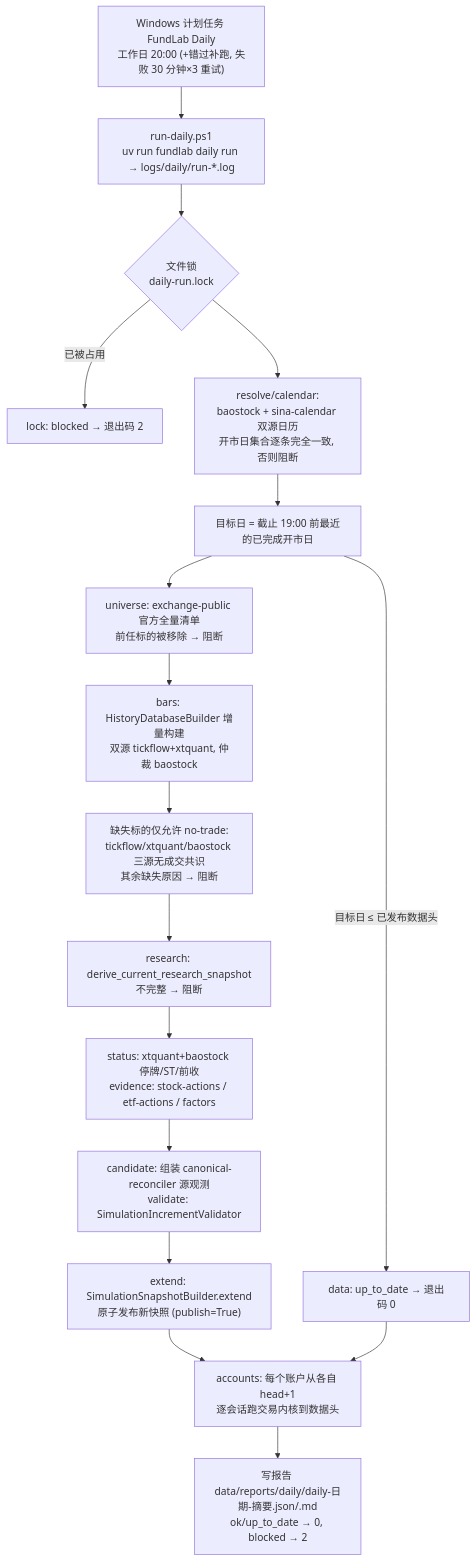
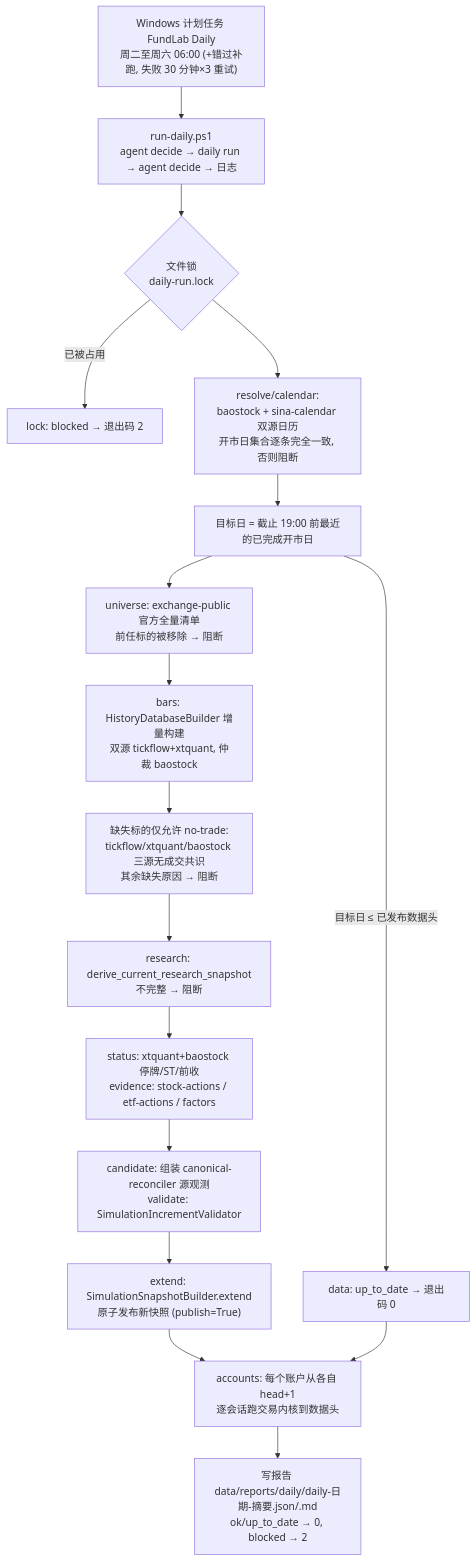
Before and after one commit to zhan7653/miniQMT: the diagram in docs/architecture/03-pipeline-ops.md, drawn with Mermaid. The commit also changed other lines of this file and 22 other files, not shown here.

````diff
--- a/docs/architecture/03-pipeline-ops.md
+++ b/docs/architecture/03-pipeline-ops.md
@@ -34,19 +34,19 @@
 ```mermaid
 flowchart TD
-    T["Windows 计划任务 FundLab Daily<br/>工作日 20:00 (+错过补跑, 失败 30 分钟×3 重试)"] --> R["run-daily.ps1<br/>uv run fundlab daily run → logs/daily/run-*.log"]
+    T["Windows 计划任务 FundLab Daily<br/>周二至周六 06:00 (+错过补跑, 失败 30 分钟×3 重试)"] --> R["run-daily.ps1<br/>agent decide → daily run → agent decide → 日志"]
     R --> L{"文件锁<br/>daily-run.lock"}
     L -- 已被占用 --> B0["lock: blocked → 退出码 2"]
     L --> CAL["resolve/calendar:<br/>baostock + sina-calendar 双源日历<br/>开市日集合逐条完全一致, 否则阻断"]
     CAL --> TGT["目标日 = 截止 19:00 前最近的已完成开市日"]
     TGT -- "目标日 ≤ 已发布数据头" --> UTD["data: up_to_date → 退出码 0"]
     TGT --> U["universe: exchange-public 官方全量清单<br/>前任标的被移除 → 阻断"]
     U --> H["bars: HistoryDatabaseBuilder 增量构建<br/>双源 tickflow+xtquant, 仲裁 baostock"]
     H --> NT["缺失标的仅允许 no-trade:<br/>tickflow/xtquant/baostock 三源无成交共识<br/>其余缺失原因 → 阻断"]
     NT --> RS["research: derive_current_research_snapshot<br/>不完整 → 阻断"]
     RS --> SE["status: xtquant+baostock 停牌/ST/前收<br/>evidence: stock-actions / etf-actions / factors"]
     SE --> CV["candidate: 组装 canonical-reconciler 源观测<br/>validate: SimulationIncrementValidator"]
     CV --> EX["extend: SimulationSnapshotBuilder.extend<br/>原子发布新快照 (publish=True)"]
     EX --> AC["accounts: 每个账户从各自 head+1<br/>逐会话跑交易内核到数据头"]
     UTD --> AC
     AC --> RP["写报告 data/reports/daily/daily-日期-摘要.json/.md<br/>ok/up_to_date → 0, blocked → 2"]
 ```
````
